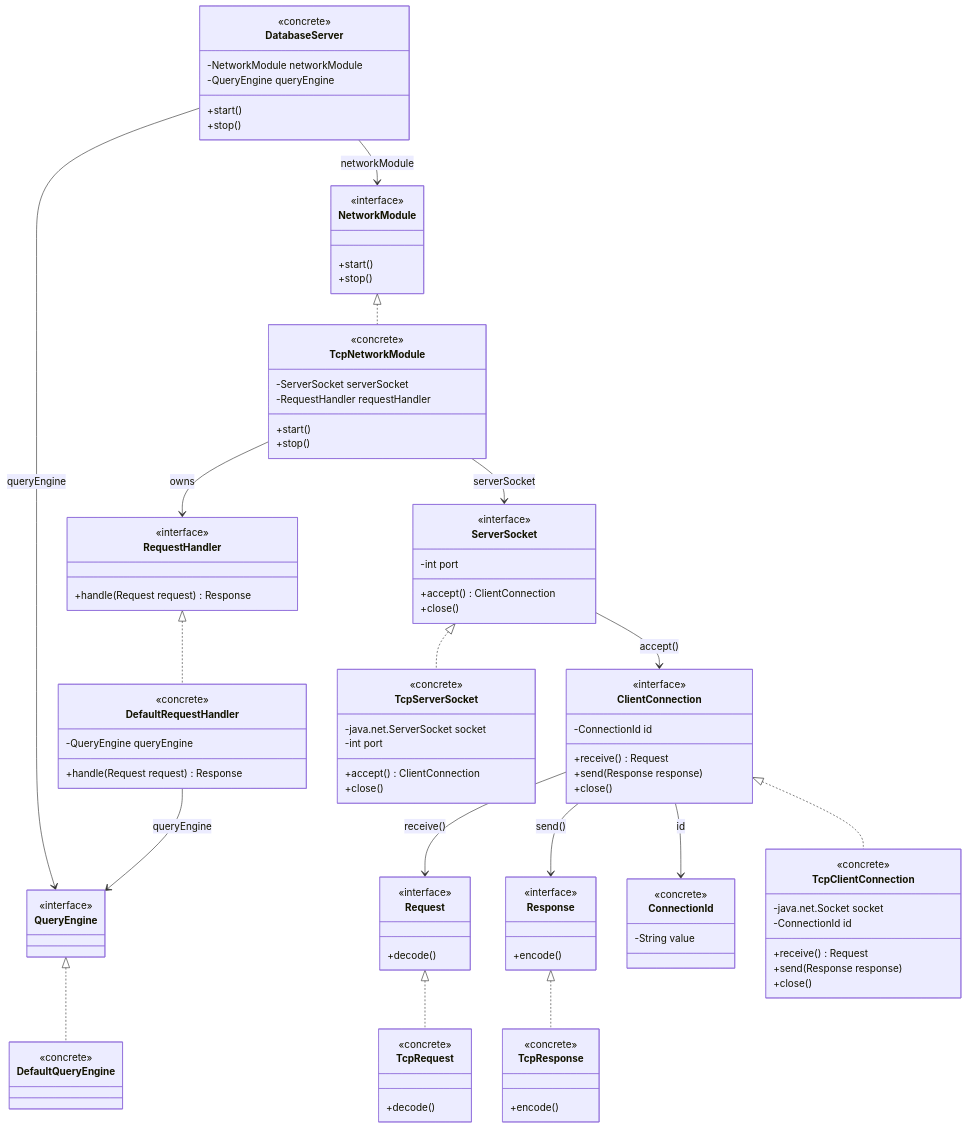
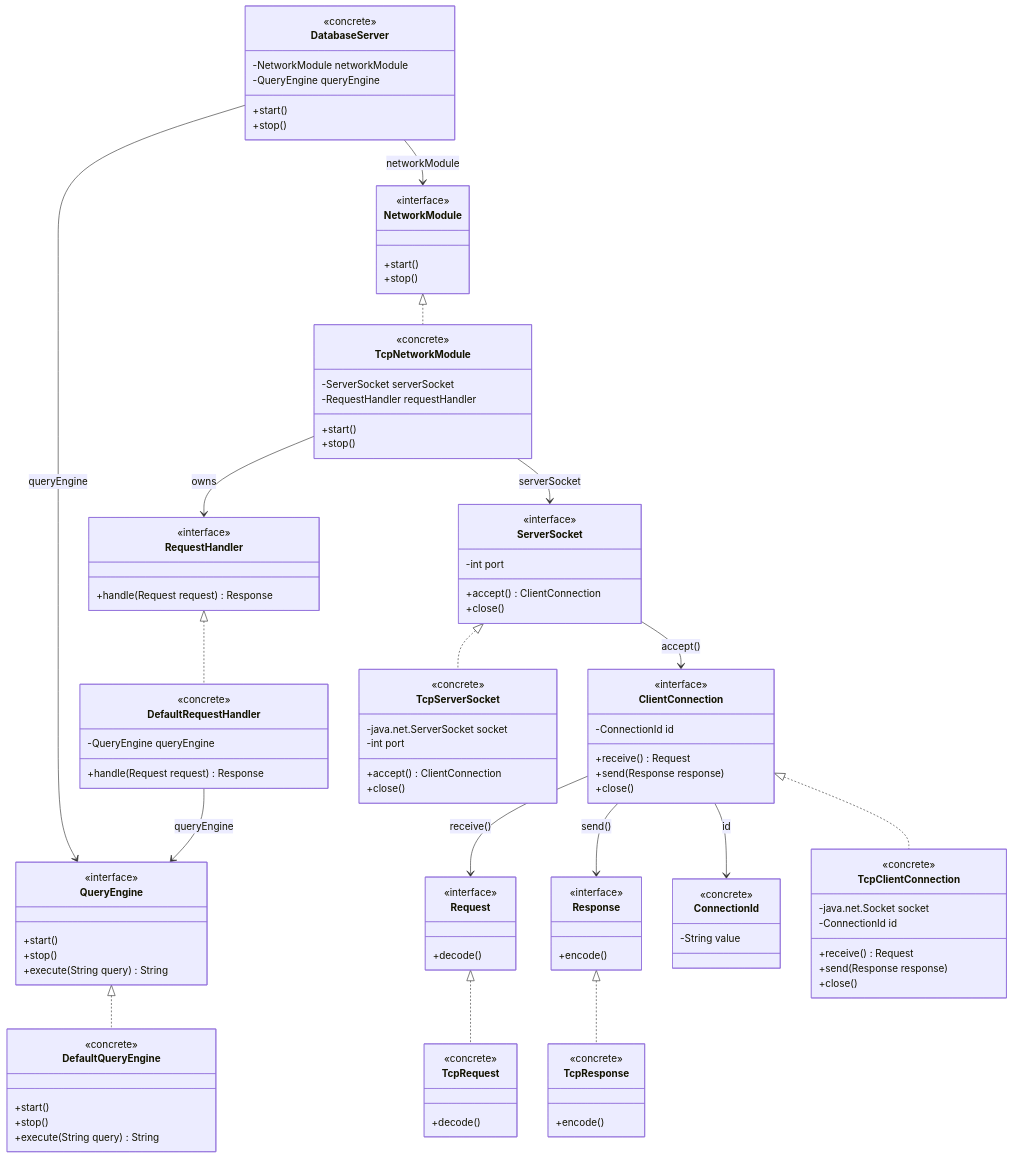
The diagram in docs/lld/java-database-lld.md (ItsPalash13/java-db), drawn with Mermaid before and after one commit. The commit also changed 5 other files, not shown here.

```diff
--- a/docs/lld/java-database-lld.md
+++ b/docs/lld/java-database-lld.md
@@ -29,10 +29,16 @@
 
     class QueryEngine {
         <<interface>>
+        +start()
+        +stop()
+        +execute(String query) String
     }
 
     class DefaultQueryEngine {
         <<concrete>>
+        +start()
+        +stop()
+        +execute(String query) String
     }
 
     class ServerSocket {
```
